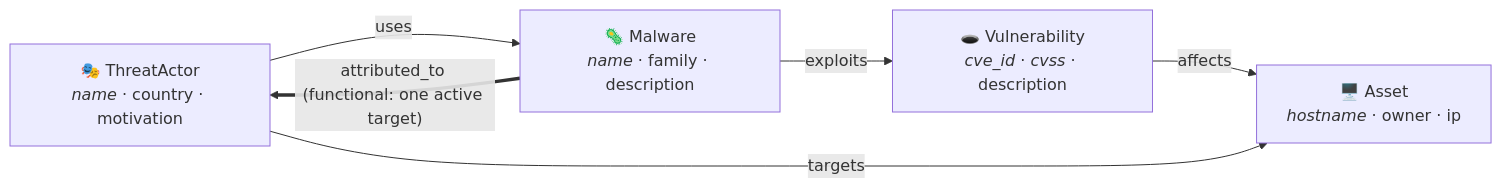
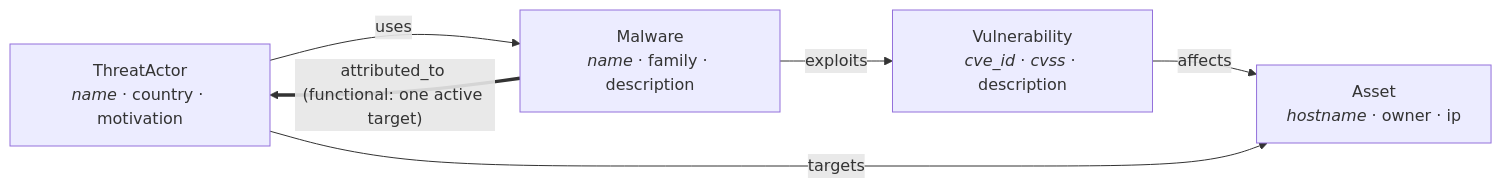
One commit to Prashasthi-18/Secure-Dynamic-Knowledge-Graph changed diagram 11 of 14 in README.md. Above: the diagram before and after it, drawn with Mermaid. The commit also changed other lines of this file and 25 other files, not shown here.

````diff
--- a/README.md
+++ b/README.md
@@ -487,13 +527,13 @@
 ```mermaid
 flowchart LR
-    TA["🎭 ThreatActor<br/><i>name</i> · country · motivation"]
-    MW["🦠 Malware<br/><i>name</i> · family · description"]
-    VU["🕳️ Vulnerability<br/><i>cve_id</i> · <i>cvss</i> · description"]
-    AS["🖥️ Asset<br/><i>hostname</i> · owner · ip"]
+    TA["ThreatActor<br/><i>name</i> · country · motivation"]
+    MW["Malware<br/><i>name</i> · family · description"]
+    VU["Vulnerability<br/><i>cve_id</i> · <i>cvss</i> · description"]
+    AS["Asset<br/><i>hostname</i> · owner · ip"]
 
     TA -- "uses" --> MW
     MW -- "exploits" --> VU
     VU -- "affects" --> AS
     TA -- "targets" --> AS
     MW == "attributed_to (functional: one active target)" ==> TA
 ```
````
